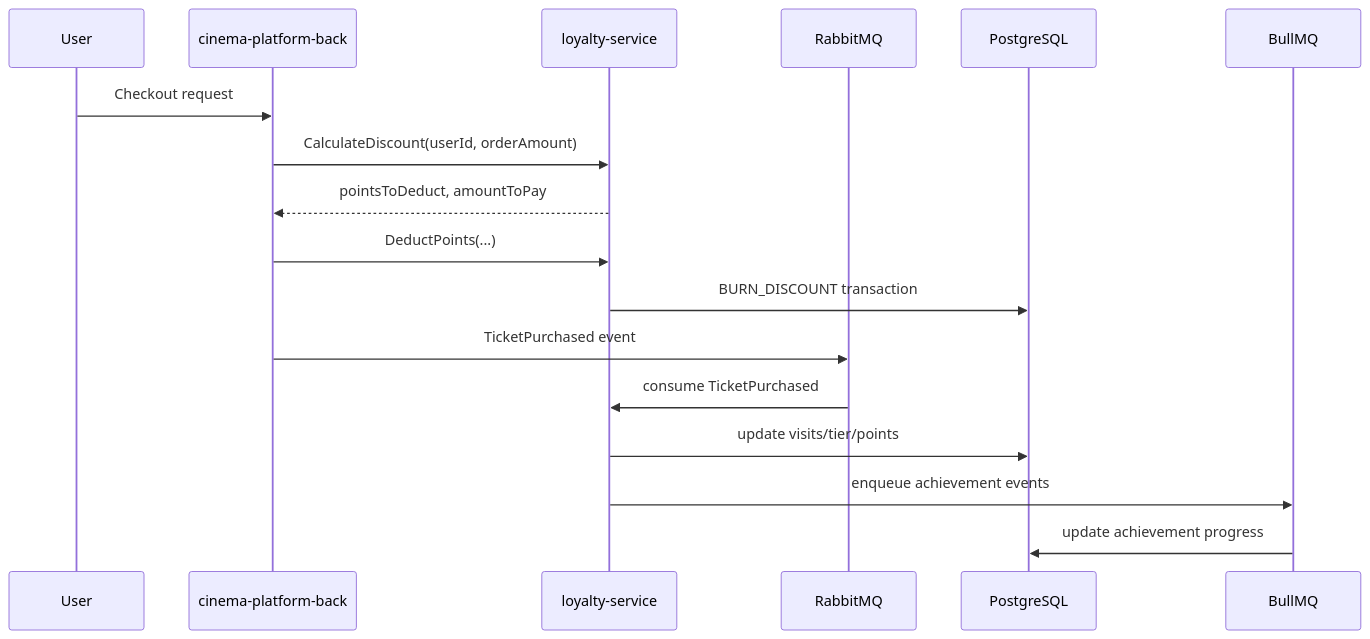
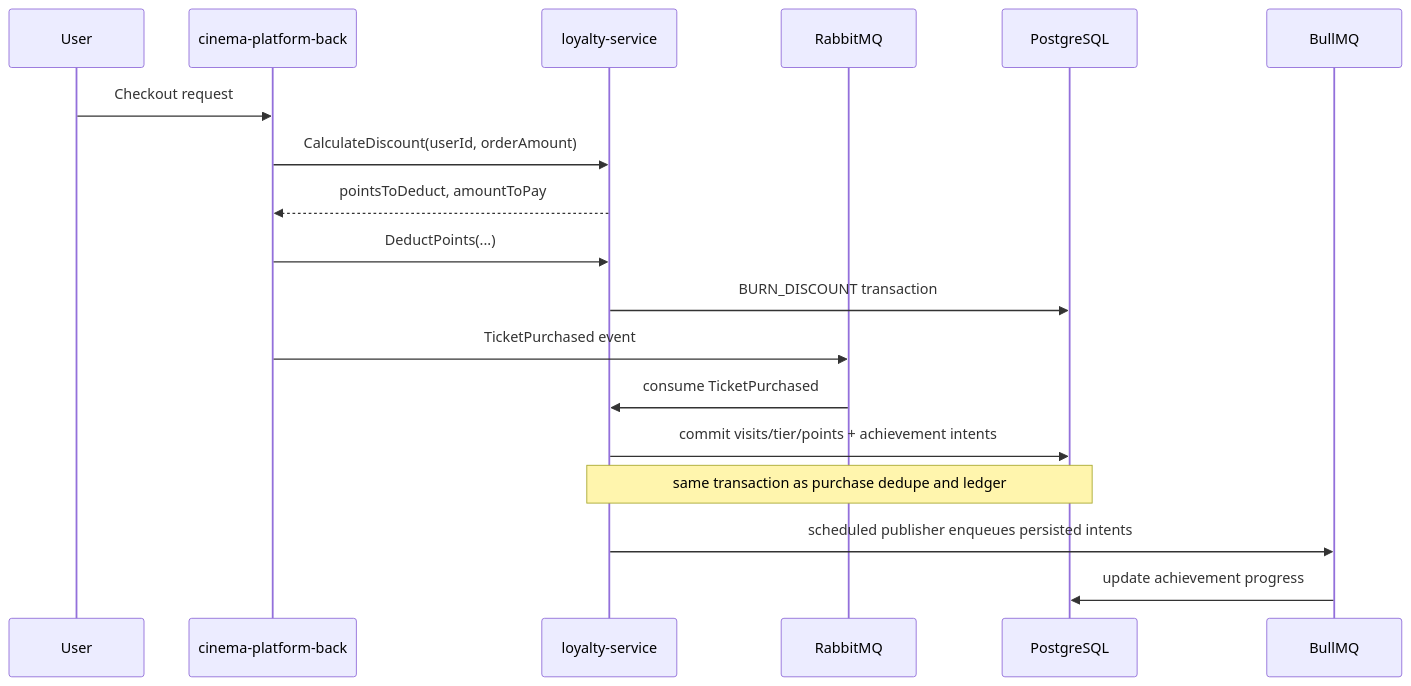
Before and after one commit to 100kgtrotila/cinema-loyalty-service: the second of 3 diagrams in README.md, drawn with Mermaid. The commit also changed other lines of this file and 8 other files, not shown here.

````diff
--- a/README.md
+++ b/README.md
@@ -102,20 +102,21 @@
 ```mermaid
 sequenceDiagram
     participant User
     participant Platform as cinema-platform-back
     participant Loyalty as loyalty-service
     participant Rabbit as RabbitMQ
     participant DB as PostgreSQL
     participant Jobs as BullMQ
 
     User->>Platform: Checkout request
     Platform->>Loyalty: CalculateDiscount(userId, orderAmount)
     Loyalty-->>Platform: pointsToDeduct, amountToPay
     Platform->>Loyalty: DeductPoints(...)
     Loyalty->>DB: BURN_DISCOUNT transaction
     Platform->>Rabbit: TicketPurchased event
     Rabbit->>Loyalty: consume TicketPurchased
-    Loyalty->>DB: update visits/tier/points
-    Loyalty->>Jobs: enqueue achievement events
+    Loyalty->>DB: commit visits/tier/points + achievement intents
+    Note over Loyalty,DB: same transaction as purchase dedupe and ledger
+    Loyalty->>Jobs: scheduled publisher enqueues persisted intents
     Jobs->>DB: update achievement progress
 ```
````
